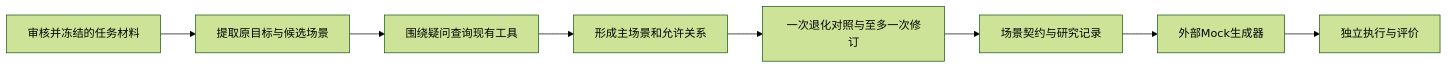
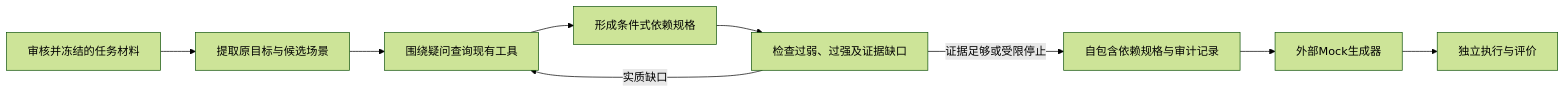
Before and after one commit to Haon0731/Mockspec: the diagram in docs/PRD.md, drawn with Mermaid (forest theme). The commit also changed other lines of this file and 34 other files, not shown here.

````diff
--- a/docs/PRD.md
+++ b/docs/PRD.md
@@ -68,10 +68,11 @@
 ```mermaid
 flowchart LR
     A[审核并冻结的任务材料] --> B[提取原目标与候选场景]
     B --> C[围绕疑问查询现有工具]
-    C --> D[形成主场景和允许关系]
-    D --> E[一次退化对照与至多一次修订]
-    E --> F[场景契约与研究记录]
+    C --> D[形成条件式依赖规格]
+    D --> E[检查过弱、过强及证据缺口]
+    E -->|实质缺口| C
+    E -->|证据足够或受限停止| F[自包含依赖规格与审计记录]
     F --> G[外部Mock生成器]
     G --> H[独立执行与评价]
 ```
````
